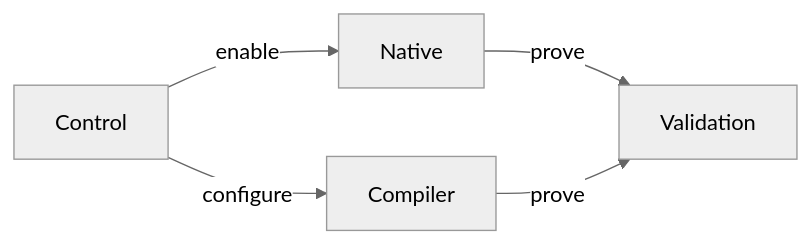
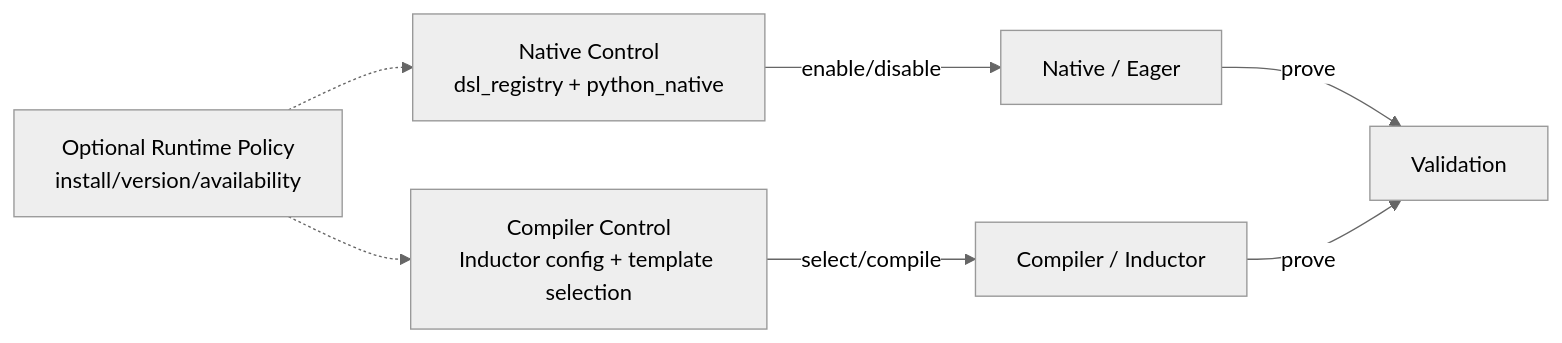
One commit to XiaobingSuper/FlyDSL changed the first of 6 diagrams in docs/pytorch_integration_rfc.md. Above: the diagram before and after it, drawn with Mermaid (neutral theme). The commit also changed other lines of this file and 1 other file, not shown here.

First line of the commit message:
Clarify FlyDSL Inductor demo plan

````diff
--- a/docs/pytorch_integration_rfc.md
+++ b/docs/pytorch_integration_rfc.md
@@ -51,7 +51,9 @@
 ```mermaid
 flowchart LR
-    A["Control"] -->|enable| B["Native"]
-    A -->|configure| C["Compiler"]
-    B -->|prove| D["Validation"]
-    C -->|prove| D
+    A["Native Control<br/>dsl_registry + python_native"] -->|enable/disable| B["Native / Eager"]
+    C["Compiler Control<br/>Inductor config + template selection"] -->|select/compile| D["Compiler / Inductor"]
+    E["Optional Runtime Policy<br/>install/version/availability"] -.-> A
+    E -.-> C
+    B -->|prove| F["Validation"]
+    D -->|prove| F
 ```
````
